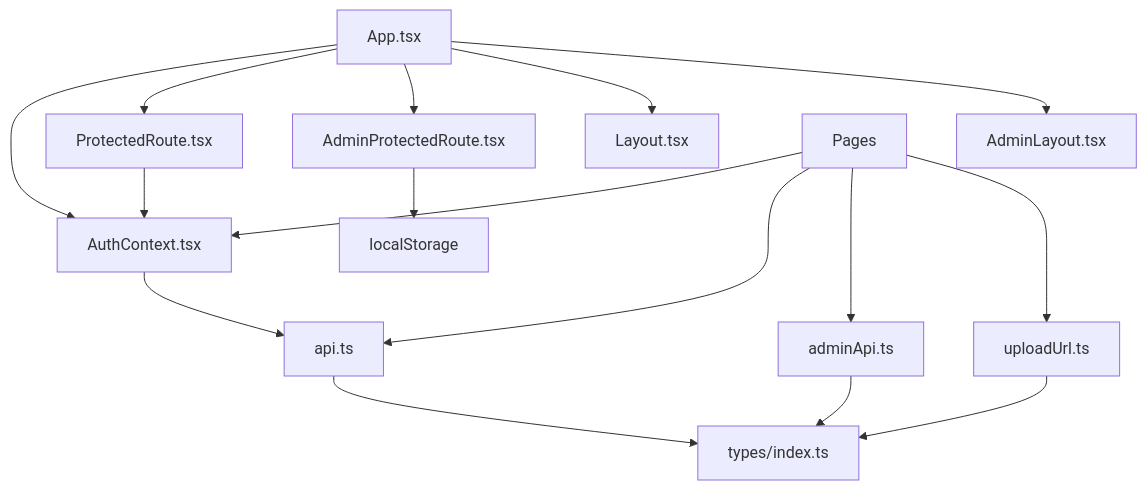
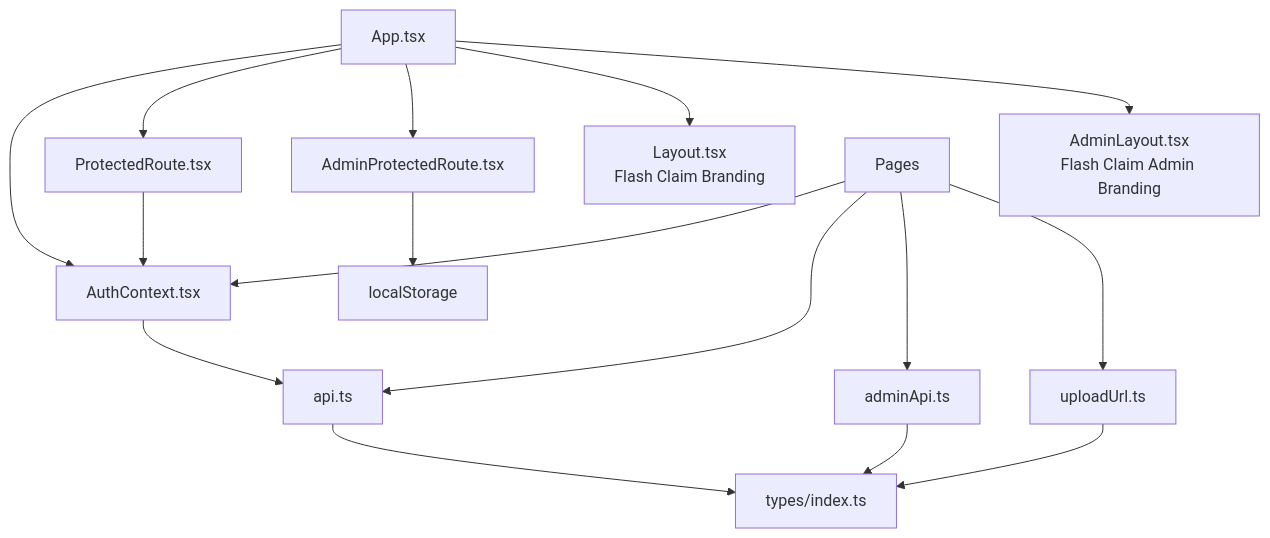
One commit to NaveenHiranya/Smart-Vehicle-Insurance-Claim-System changed the ninth of 11 diagrams in .qoder/repowiki/en/content/Frontend Documentation/Frontend Documentation.md. Above: the diagram before and after it, drawn with Mermaid. The commit also changed other lines of this file and 7 other files, not shown here.

````diff
--- a/.qoder/repowiki/en/content/Frontend Documentation/Frontend Documentation.md
+++ b/.qoder/repowiki/en/content/Frontend Documentation/Frontend Documentation.md
@@ -394,18 +400,18 @@
 ```mermaid
 graph TB
 App["App.tsx"] --> Auth["AuthContext.tsx"]
 App --> PR["ProtectedRoute.tsx"]
 App --> APR["AdminProtectedRoute.tsx"]
-App --> L["Layout.tsx"]
-App --> AL["AdminLayout.tsx"]
+App --> L["Layout.tsx<br/>Flash Claim Branding"]
+App --> AL["AdminLayout.tsx<br/>Flash Claim Admin Branding"]
 Pages["Pages"] --> Auth
 Pages --> API["api.ts"]
 Pages --> AAPI["adminApi.ts"]
 Pages --> Utils["uploadUrl.ts"]
 Auth --> API
 PR --> Auth
 APR --> LocalStorage["localStorage"]
 API --> Types["types/index.ts"]
 AAPI --> Types
 Utils --> Types
 ```
````
